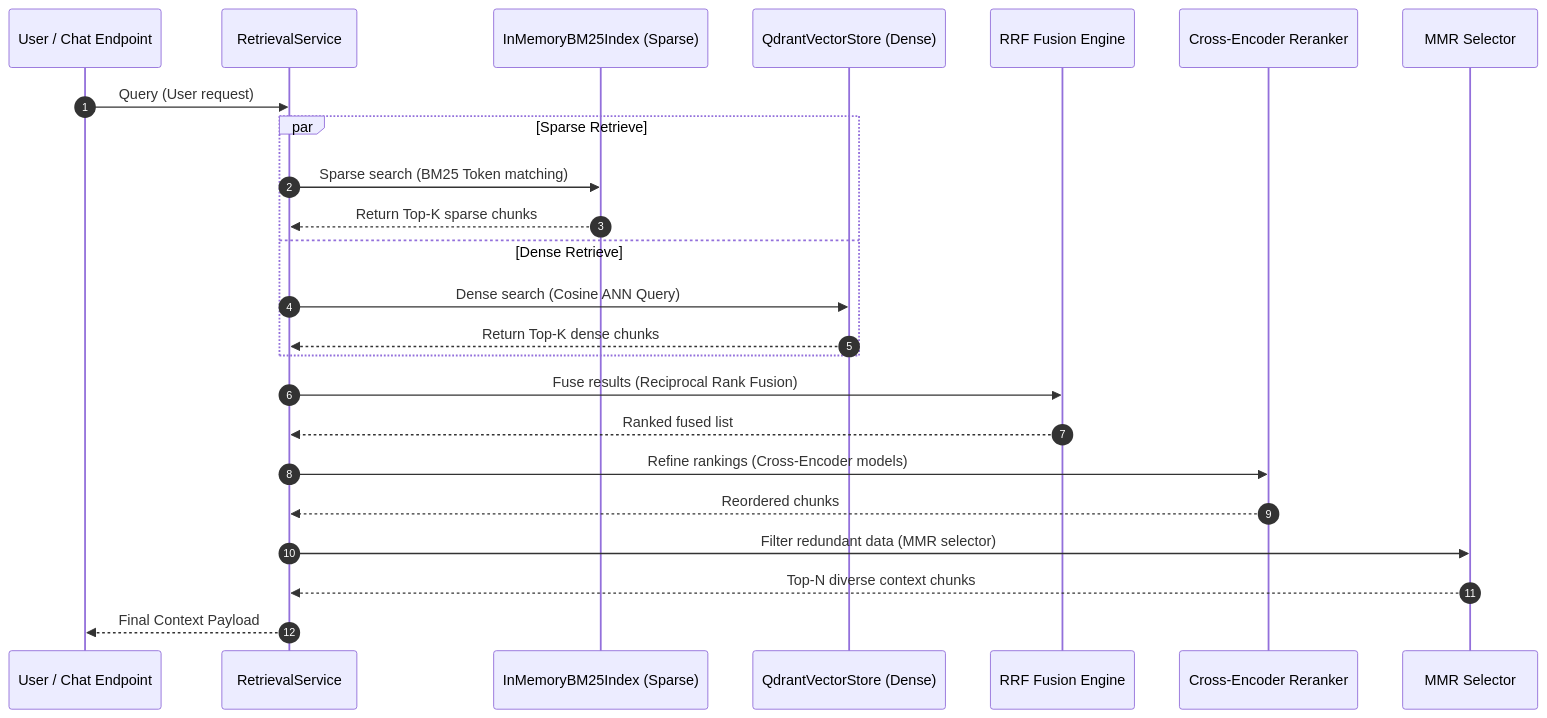
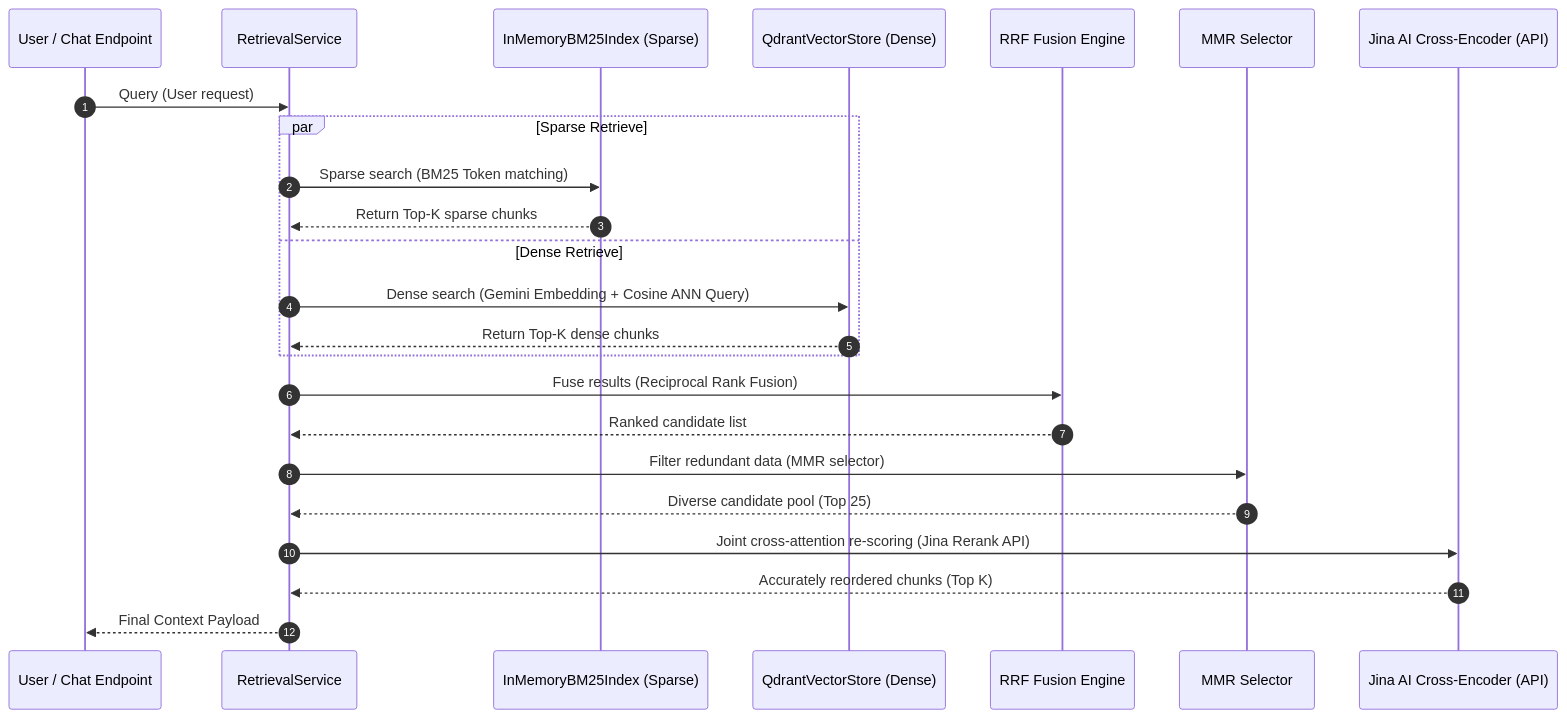
One commit to Satya-Naraharisetty/FusionRAG changed the third of 5 diagrams in ARCHITECTURE.md. Above: the diagram before and after it, drawn with Mermaid. The commit also changed other lines of this file and 2 other files, not shown here.

Commit message:
docs: update architecture documentation to reflect transition to API-based embedding and reranking for zero-dependency deployment

````diff
--- a/ARCHITECTURE.md
+++ b/ARCHITECTURE.md
@@ -53,27 +53,27 @@
 ```mermaid
 sequenceDiagram
     autonumber
     participant Client as User / Chat Endpoint
     participant Retrieval as RetrievalService
     participant BM25 as InMemoryBM25Index (Sparse)
     participant Qdrant as QdrantVectorStore (Dense)
     participant Fusion as RRF Fusion Engine
-    participant Rerank as Cross-Encoder Reranker
     participant Diversity as MMR Selector
+    participant Rerank as Jina AI Cross-Encoder (API)
 
     Client->>Retrieval: Query (User request)
     par Sparse Retrieve
         Retrieval->>BM25: Sparse search (BM25 Token matching)
         BM25-->>Retrieval: Return Top-K sparse chunks
     and Dense Retrieve
-        Retrieval->>Qdrant: Dense search (Cosine ANN Query)
+        Retrieval->>Qdrant: Dense search (Gemini Embedding + Cosine ANN Query)
         Qdrant-->>Retrieval: Return Top-K dense chunks
     end
     Retrieval->>Fusion: Fuse results (Reciprocal Rank Fusion)
-    Fusion-->>Retrieval: Ranked fused list
-    Retrieval->>Rerank: Refine rankings (Cross-Encoder models)
-    Rerank-->>Retrieval: Reordered chunks
+    Fusion-->>Retrieval: Ranked candidate list
     Retrieval->>Diversity: Filter redundant data (MMR selector)
-    Diversity-->>Retrieval: Top-N diverse context chunks
+    Diversity-->>Retrieval: Diverse candidate pool (Top 25)
+    Retrieval->>Rerank: Joint cross-attention re-scoring (Jina Rerank API)
+    Rerank-->>Retrieval: Accurately reordered chunks (Top K)
     Retrieval-->>Client: Final Context Payload
 ```
````
